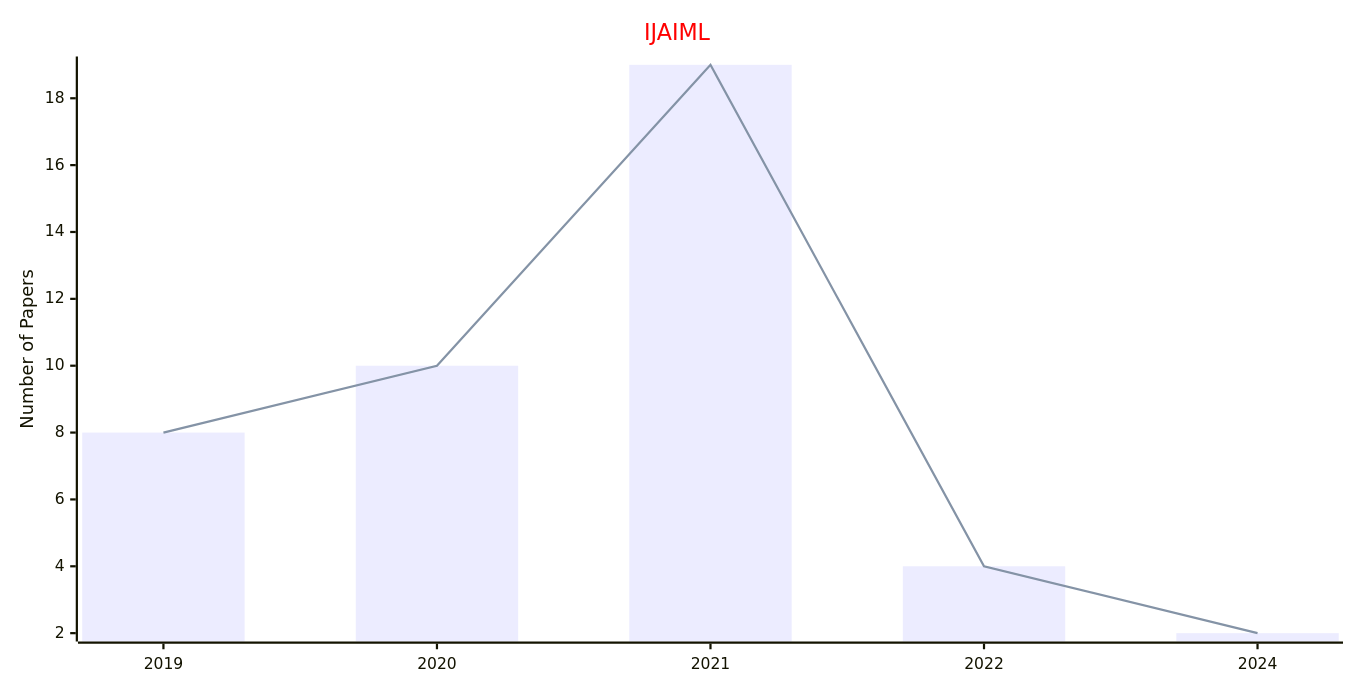
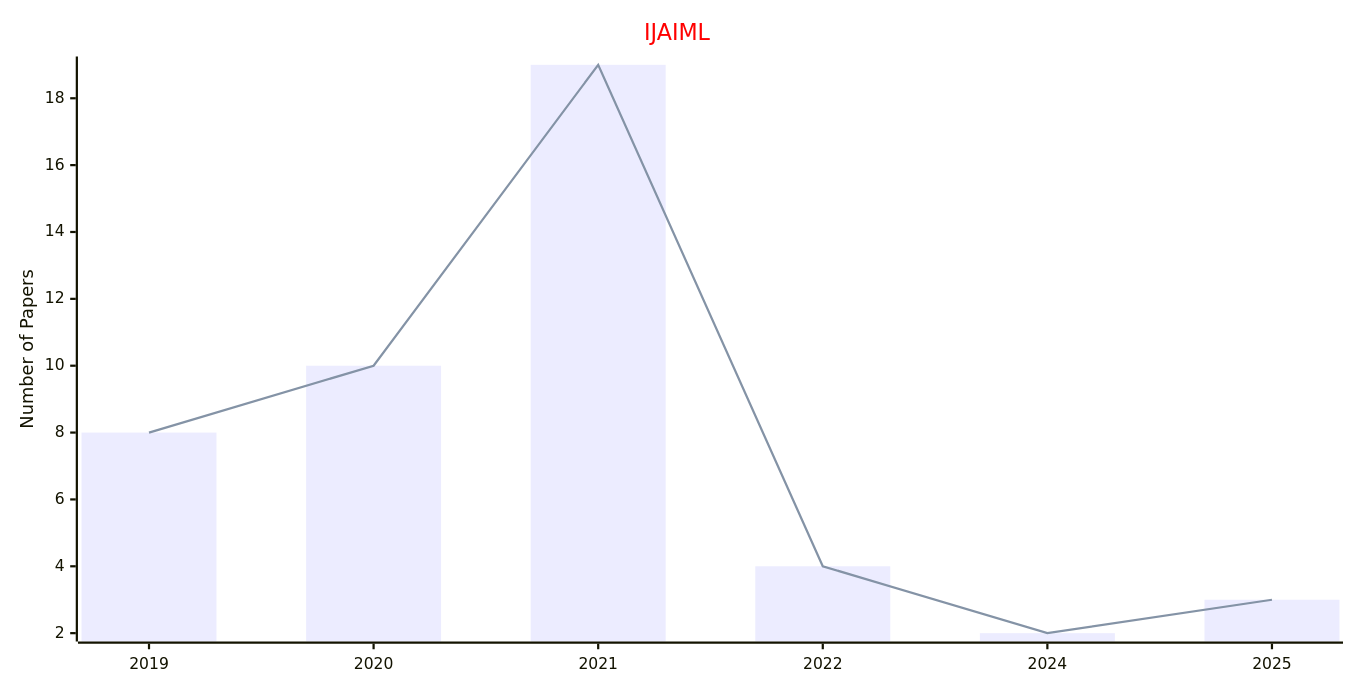
One commit to Easy-PhD/AILinks changed the fifth of 10 diagrams in docs/data/Journals/Statistics_Journals/Machine_Learning.md. Above: the diagram before and after it, drawn with Mermaid. The commit also changed other lines of this file and 93 other files, not shown here.

````diff
--- a/docs/data/Journals/Statistics_Journals/Machine_Learning.md
+++ b/docs/data/Journals/Statistics_Journals/Machine_Learning.md
@@ -105,17 +105,17 @@
 ```mermaid
 ---
 config:
     xyChart:
         width: 1200
         height: 600
     themeVariables:
         xyChart:
             titleColor: "#ff0000"
 ---
 xychart-beta
     title "IJAIML"
-    x-axis [2019, 2020, 2021, 2022, 2024]
+    x-axis [2019, 2020, 2021, 2022, 2024, 2025]
     y-axis "Number of Papers"
-    bar [8, 10, 19, 4, 2]
-    line [8, 10, 19, 4, 2]
+    bar [8, 10, 19, 4, 2, 3]
+    line [8, 10, 19, 4, 2, 3]
 ```
````
